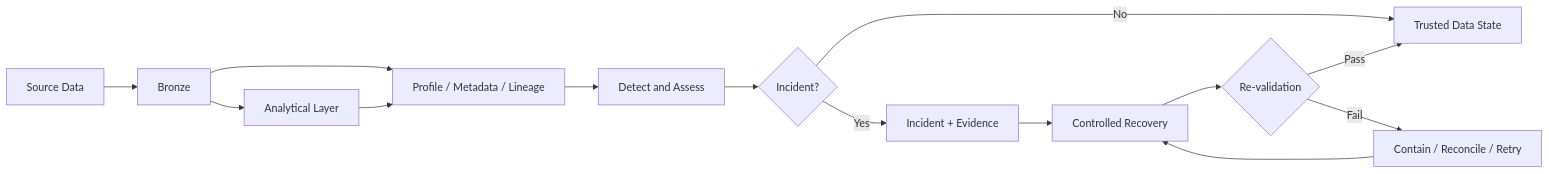
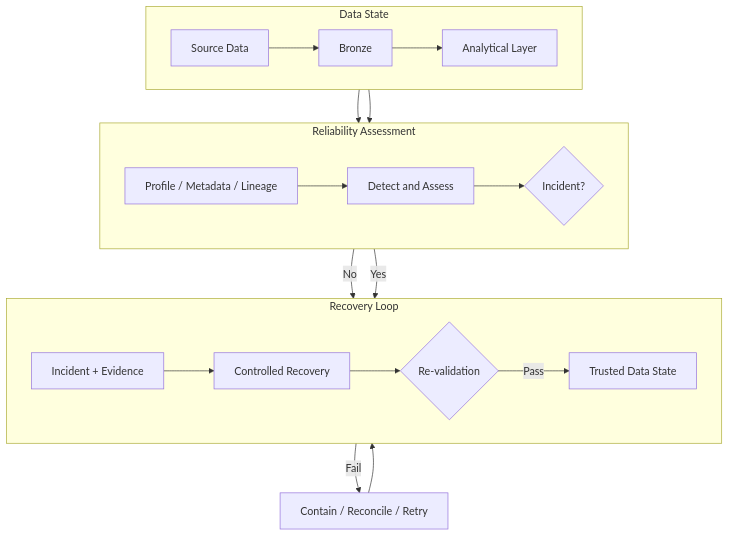
Before and after one commit to mols3131d/hmda-data-reliability: the first of 3 diagrams in docs/VISION.md, drawn with Mermaid. The commit also changed other lines of this file, not shown here.

Commit message:
docs: compact vision mermaid layouts

````diff
--- a/docs/VISION.md
+++ b/docs/VISION.md
@@ -54,17 +54,25 @@
 ```mermaid
-flowchart LR
-    source["Source Data"] --> bronze["Bronze"]
-    bronze --> analytical["Analytical Layer"]
-    bronze --> evidence["Profile / Metadata / Lineage"]
+flowchart TB
+    subgraph data_state ["Data State"]
+        direction LR
+        source["Source Data"] --> bronze["Bronze"] --> analytical["Analytical Layer"]
+    end
+
+    subgraph assessment ["Reliability Assessment"]
+        direction LR
+        evidence["Profile / Metadata / Lineage"] --> detect["Detect and Assess"] --> incident{"Incident?"}
+    end
+
+    bronze --> evidence
     analytical --> evidence
-    evidence --> detect["Detect and Assess"]
-    detect --> incident{"Incident?"}
 
-    incident -->|No| trusted["Trusted Data State"]
-    incident -->|Yes| incident_evidence["Incident + Evidence"]
-    incident_evidence --> recovery["Controlled Recovery"]
-    recovery --> verify{"Re-validation"}
-    verify -->|Pass| trusted
+    subgraph recovery_loop ["Recovery Loop"]
+        direction LR
+        incident_evidence["Incident + Evidence"] --> recovery["Controlled Recovery"] --> verify{"Re-validation"} -->|Pass| trusted["Trusted Data State"]
+    end
+
+    incident -->|No| trusted
+    incident -->|Yes| incident_evidence
     verify -->|Fail| reconcile["Contain / Reconcile / Retry"]
     reconcile --> recovery
 ```
````
